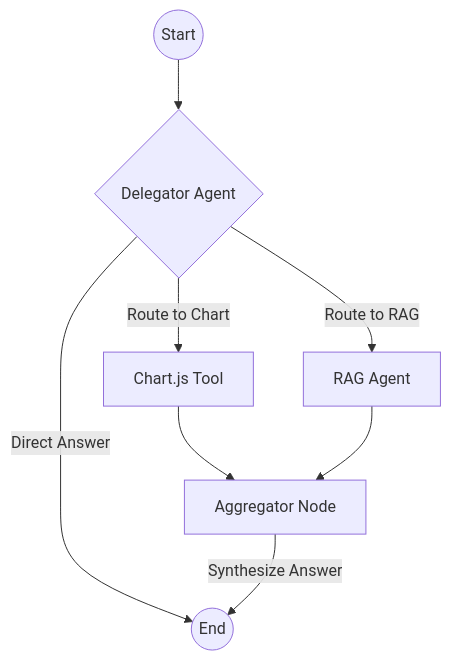
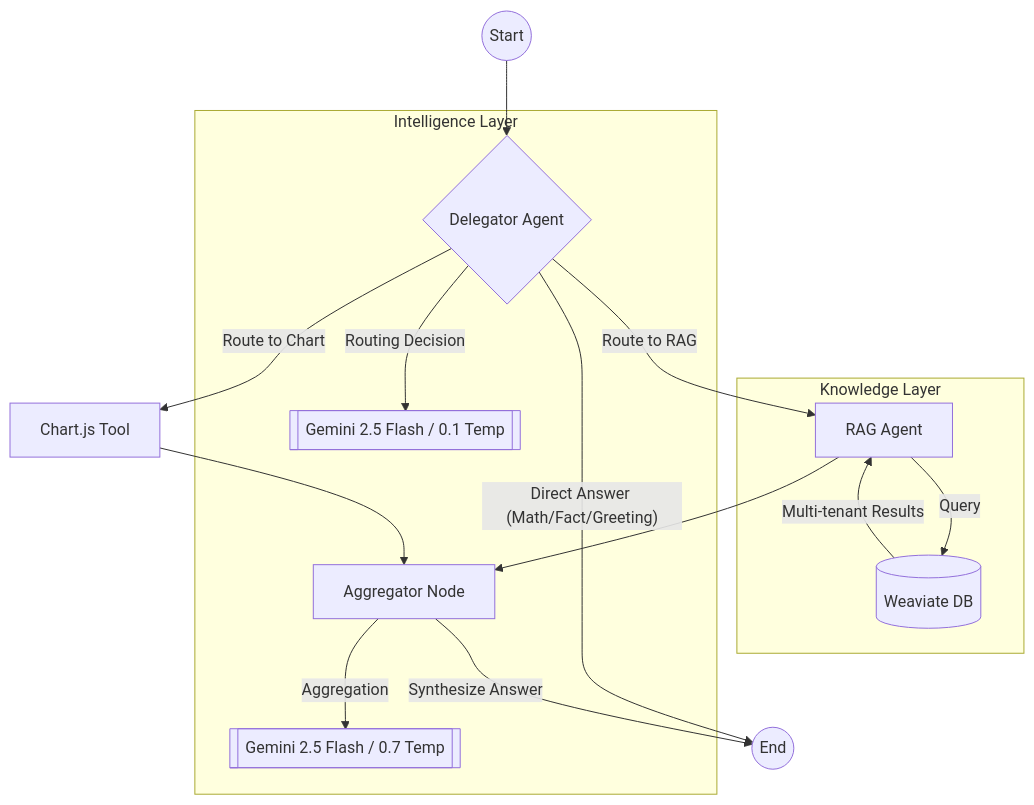
Before and after one commit to sarmadusmani89/multiagent-llm: the diagram in README.md, drawn with Mermaid. The commit also changed other lines of this file, not shown here.

Commit message:
Docs: Enhanced README with architectural deep dive and resilience details

````diff
--- a/README.md
+++ b/README.md
@@ -15,14 +23,24 @@
 ```mermaid
 graph TD
     START((Start)) --> Delegator{Delegator Agent}
     
-    Delegator -- "Direct Answer" --> END((End))
+    Delegator -- "Direct Answer (Math/Fact/Greeting)" --> END((End))
     
     Delegator -- "Route to Chart" --> ChartTool[Chart.js Tool]
     Delegator -- "Route to RAG" --> RAGAgent[RAG Agent]
     
     ChartTool --> Aggregator[Aggregator Node]
     RAGAgent --> Aggregator
     
     Aggregator -- "Synthesize Answer" --> END
+    
+    subgraph "Knowledge Layer"
+        RAGAgent -- "Query" --> Weaviate[(Weaviate DB)]
+        Weaviate -- "Multi-tenant Results" --> RAGAgent
+    end
+    
+    subgraph "Intelligence Layer"
+        Delegator -- "Routing Decision" --> Gemini2.5[[Gemini 2.5 Flash / 0.1 Temp]]
+        Aggregator -- "Aggregation" --> Gemini2.5Agg[[Gemini 2.5 Flash / 0.7 Temp]]
+    end
 ```
````
